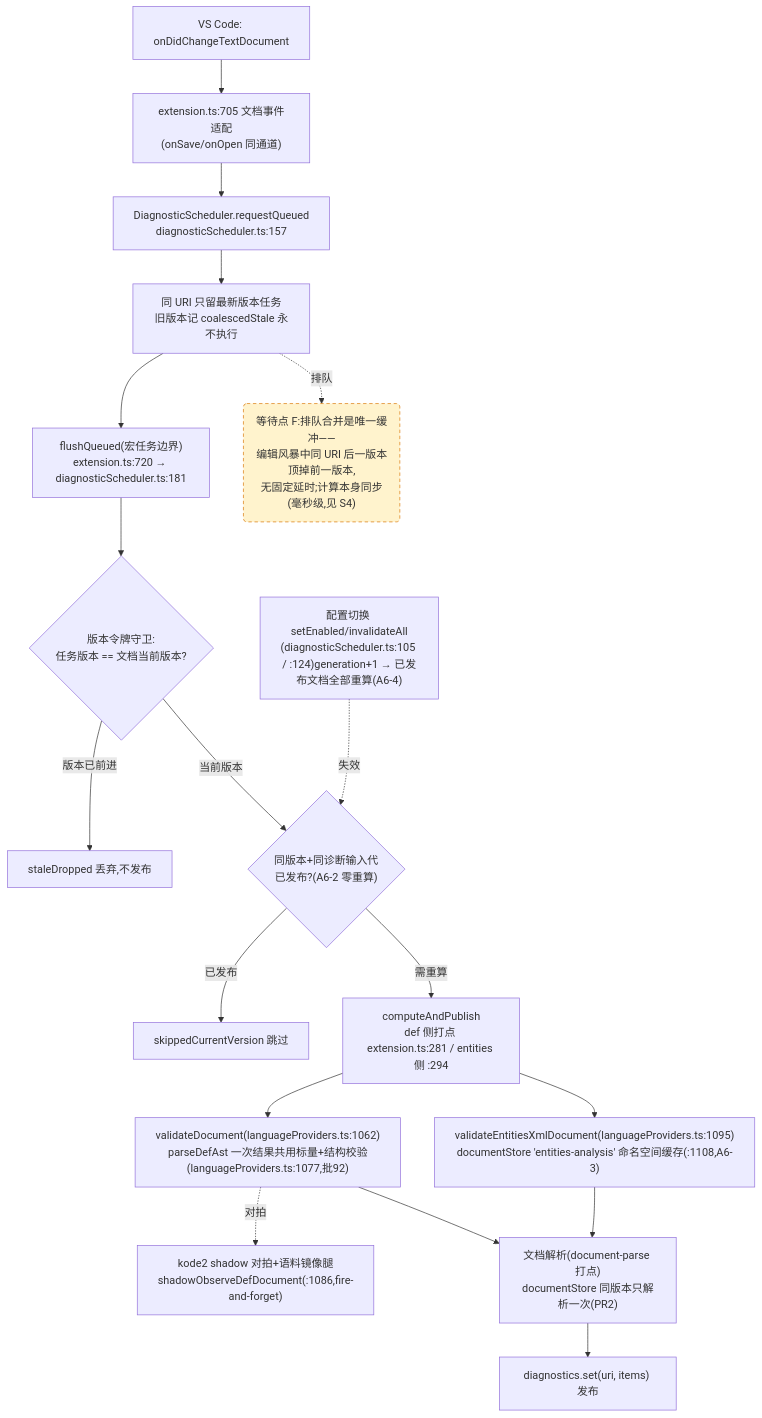
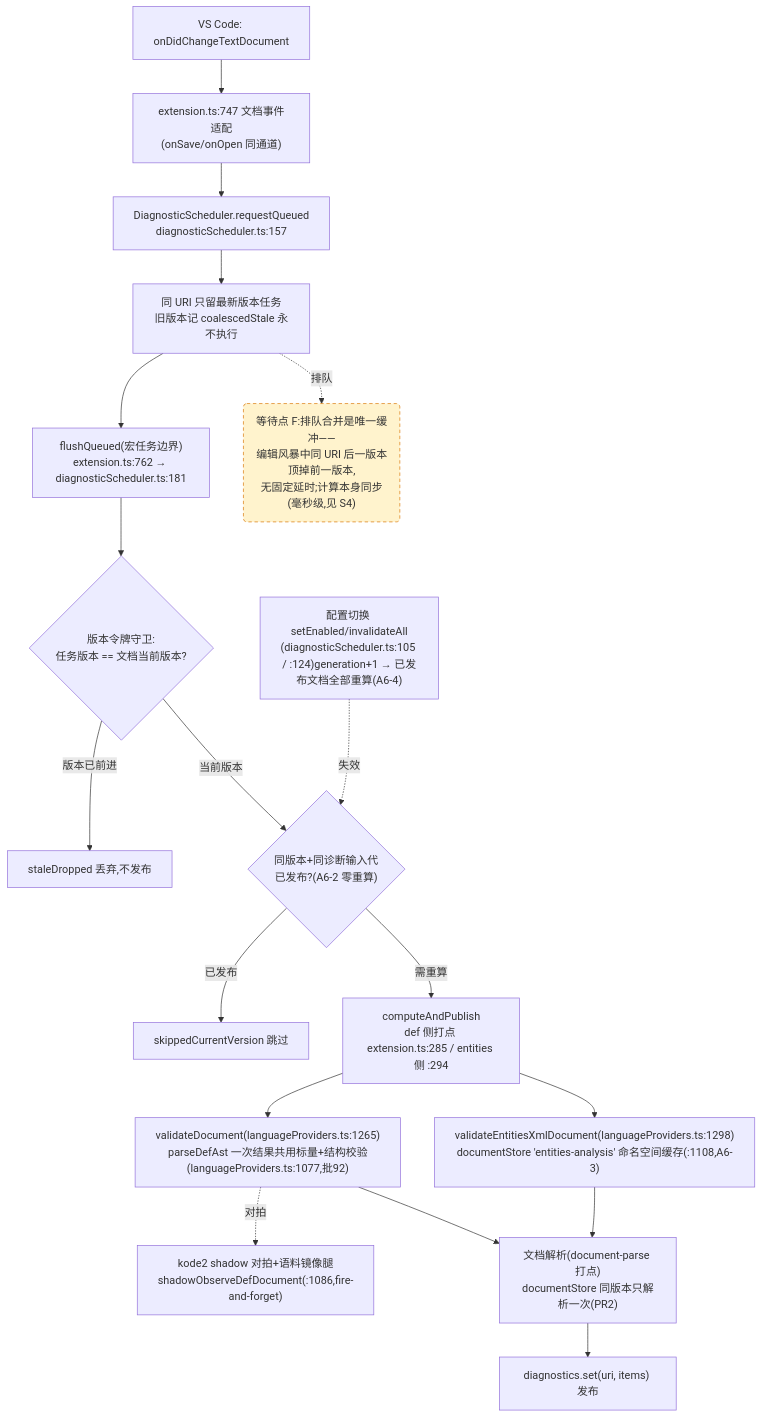
One commit to cuihairu/kode changed the fourth of 4 diagrams in docs/perf/2026-baseline.md. Above: the diagram before and after it, drawn with Mermaid. The commit also changed other lines of this file and 2 other files, not shown here.

````diff
--- a/docs/perf/2026-baseline.md
+++ b/docs/perf/2026-baseline.md
@@ -212,38 +212,38 @@
 ```mermaid
 flowchart TD
   CHG["VS Code: onDidChangeTextDocument"]
-  WATCH["extension.ts:705 文档事件适配<br/>(onSave/onOpen 同通道)"]
+  WATCH["extension.ts:747 文档事件适配<br/>(onSave/onOpen 同通道)"]
   RQ["DiagnosticScheduler.requestQueued<br/>diagnosticScheduler.ts:157"]
   CO["同 URI 只留最新版本任务<br/>旧版本记 coalescedStale 永不执行"]
-  FL["flushQueued(宏任务边界)<br/>extension.ts:720 → diagnosticScheduler.ts:181"]
+  FL["flushQueued(宏任务边界)<br/>extension.ts:762 → diagnosticScheduler.ts:181"]
   VG{"版本令牌守卫:<br/>任务版本 == 文档当前版本?"}
   DROP["staleDropped 丢弃,不发布"]
   GEN{"同版本+同诊断输入代<br/>已发布?(A6-2 零重算)"}
   SKIP["skippedCurrentVersion 跳过"]
-  CALC["computeAndPublish<br/>def 侧打点 extension.ts:281 / entities 侧 :294"]
-  VD["validateDocument(languageProviders.ts:1062)<br/>parseDefAst 一次结果共用标量+结构校验(languageProviders.ts:1077,批92)"]
-  VEX["validateEntitiesXmlDocument(languageProviders.ts:1095)<br/>documentStore 'entities-analysis' 命名空间缓存(:1108,A6-3)"]
+  CALC["computeAndPublish<br/>def 侧打点 extension.ts:285 / entities 侧 :294"]
+  VD["validateDocument(languageProviders.ts:1265)<br/>parseDefAst 一次结果共用标量+结构校验(languageProviders.ts:1077,批92)"]
+  VEX["validateEntitiesXmlDocument(languageProviders.ts:1298)<br/>documentStore 'entities-analysis' 命名空间缓存(:1108,A6-3)"]
   SHDD["kode2 shadow 对拍+语料镜像腿<br/>shadowObserveDefDocument(:1086,fire-and-forget)"]
   DS["文档解析(document-parse 打点)<br/>documentStore 同版本只解析一次(PR2)"]
   PUB["diagnostics.set(uri, items) 发布"]
   CFG2["配置切换 setEnabled/invalidateAll<br/>(diagnosticScheduler.ts:105 / :124)generation+1 → 已发布文档全部重算(A6-4)"]
 
   CHG --> WATCH --> RQ --> CO --> FL --> VG
   VG -- "版本已前进" --> DROP
   VG -- "当前版本" --> GEN
   GEN -- "已发布" --> SKIP
   GEN -- "需重算" --> CALC
   CALC --> VD
   CALC --> VEX
   VD --> DS
   VEX --> DS
   DS --> PUB
   VD -.->|对拍| SHDD
   CFG2 -.->|失效| GEN
 
   WAITF("等待点 F:排队合并是唯一缓冲——<br/>编辑风暴中同 URI 后一版本顶掉前一版本,<br/>无固定延时;计算本身同步(毫秒级,见 S4)")
   CO -.->|排队| WAITF
 
   classDef waitPoint fill:#fff3cd,stroke:#d97706,stroke-dasharray:5 4;
   class WAITF waitPoint;
 ```
````
